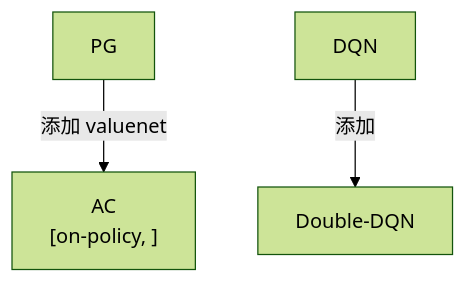
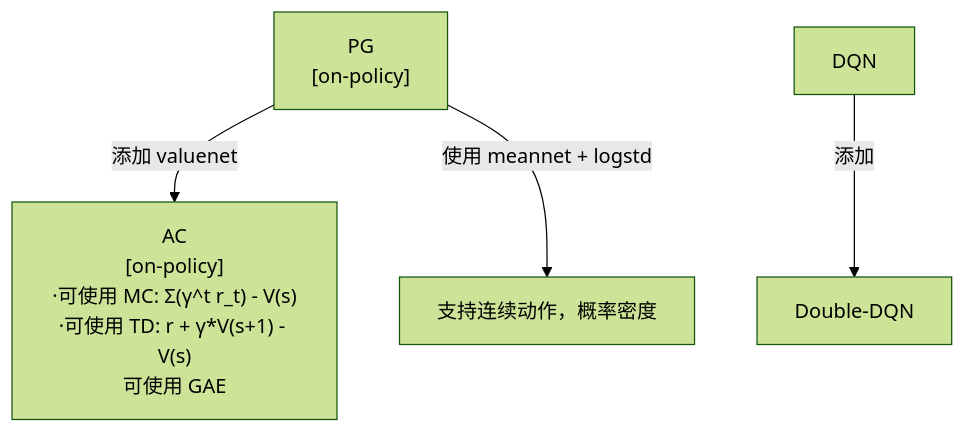
One commit to julyfun/how-to changed the diagram in 技术学习/285/285-0.md. Above: the diagram before and after it, drawn with Mermaid (forest theme). The commit also changed 2 other files, not shown here.

Commit message:
M 技术学习/285/285-0.md | M 技术学习/285/285-2.md | M 技术学习/285/285-hw2.md

````diff
--- a/技术学习/285/285-0.md
+++ b/技术学习/285/285-0.md
@@ -11,5 +11,7 @@
 ```mermaid
 flowchart TD
-    PG[PG] -->|添加 valuenet| AC["AC<br>[on-policy, ]"]
+    PG["PG<br>[on-policy]"] -->|添加 valuenet| AC
+    AC["AC<br>[on-policy]<br>·可使用 MC: Σ(γ^t r_t) - V(s)<br>·可使用 TD: r + γ*V(s+1) - V(s)<br>可使用 GAE"]
+    PG -->|使用 meannet + logstd| cont[支持连续动作，概率密度]
     DQN -->|添加| Double-DQN
 ```
````
